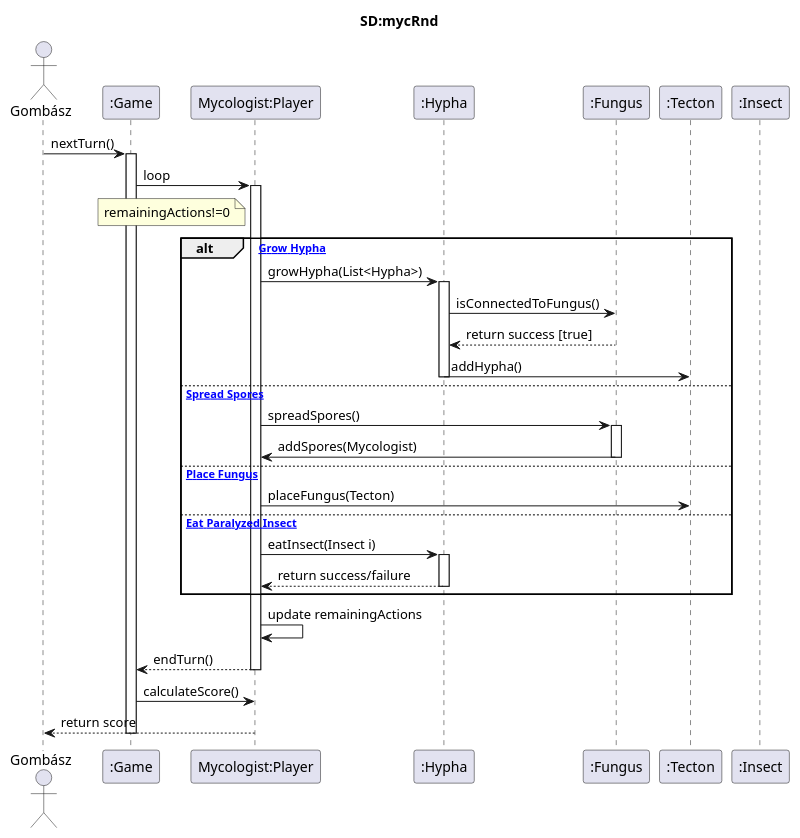
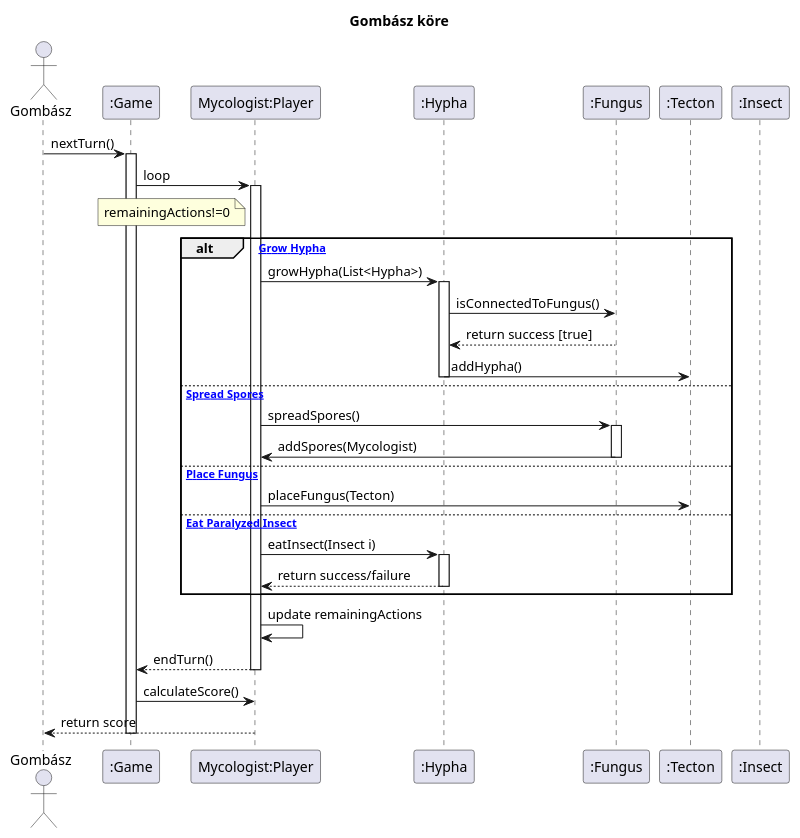
Before and after one commit to hujberhunor/SzomiSztegoProjlab: the diagram in docs/Sequence/Gombasz-kore.plantuml, drawn with PlantUML. The commit also changed 6 other files, not shown here.

```diff
--- a/docs/Sequence/Gombasz-kore.plantuml
+++ b/docs/Sequence/Gombasz-kore.plantuml
@@ -1,52 +1,52 @@
 @startuml SD_mycRnd
 
-title SD:mycRnd
+title Gombász köre
 actor Gombász
 participant ":Game" as Game
 participant "Mycologist:Player" as Player
 participant ":Hypha" as Hypha
 participant ":Fungus" as Fungus
 participant ":Tecton" as Tecton
 participant ":Insect" as Insect
 
 Gombász -> Game: nextTurn()
 activate Game
 
 Game -> Player: loop
 activate Player
 note left of Player: remainingActions!=0
 
 alt [Action: Grow Hypha]
     Player -> Hypha: growHypha(List<Hypha>)
     activate Hypha
     
     Hypha -> Fungus: isConnectedToFungus()
     Fungus --> Hypha: return success [true]
     
     Hypha -> Tecton: addHypha()
     deactivate Hypha
 else [Action: Spread Spores]
     Player -> Fungus: spreadSpores()
     activate Fungus
     
     Fungus -> Player: addSpores(Mycologist)
     deactivate Fungus
 else [Action: Place Fungus]
     Player -> Tecton: placeFungus(Tecton)
 else [Action: Eat Paralyzed Insect]
     Player -> Hypha: eatInsect(Insect i)
     activate Hypha
     Hypha --> Player: return success/failure
     deactivate Hypha
 end
 
 Player -> Player: update remainingActions
 
 Player --> Game: endTurn()
 deactivate Player
 
 Game -> Player: calculateScore()
 Player --> Gombász: return score
 
 deactivate Game
 @enduml
```
